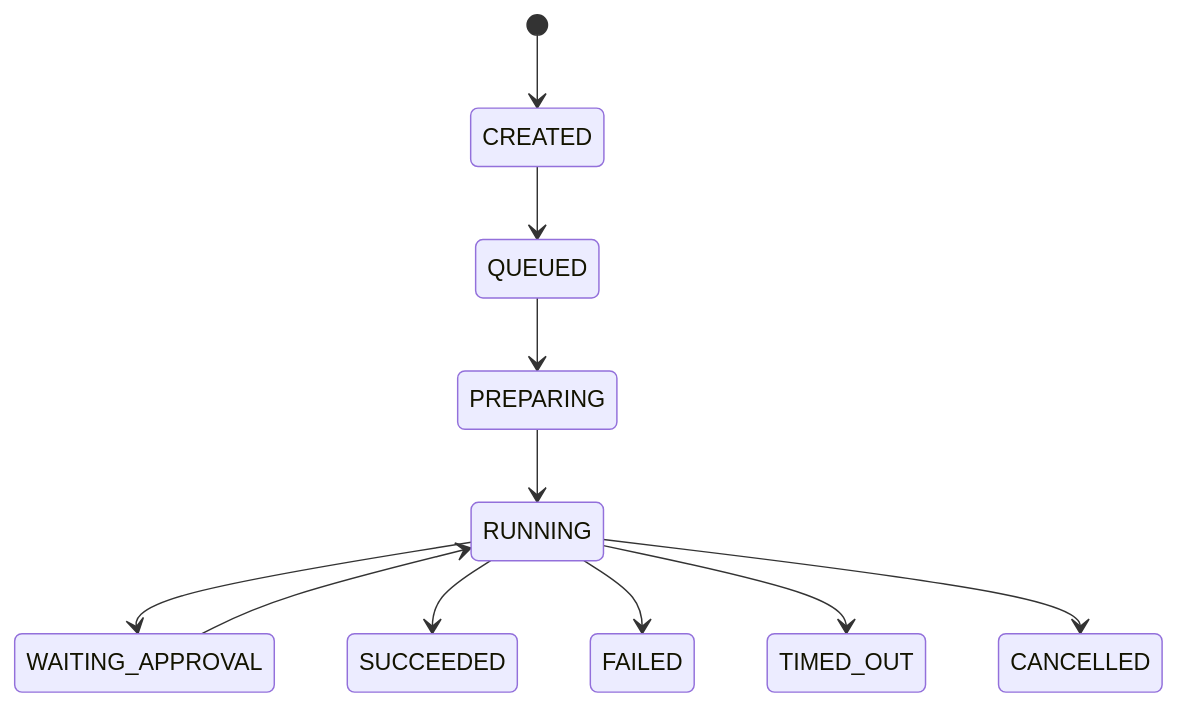
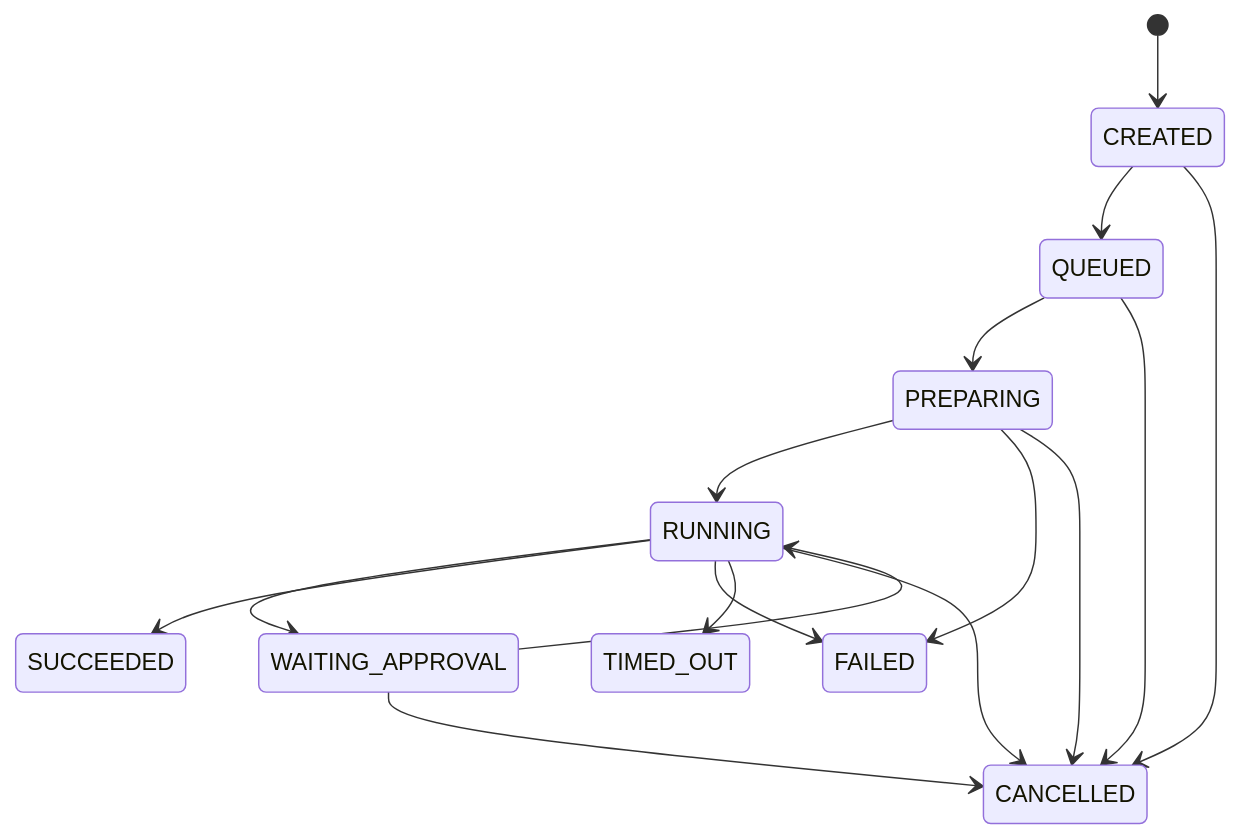
The second of 3 diagrams in docs/documentacao_ideia_e_fundamentos_tecnicos.md (daniel--santos/dungeon-master), drawn with Mermaid before and after one commit. The commit also changed other lines of this file and 1 other file, not shown here.

````diff
--- a/docs/documentacao_ideia_e_fundamentos_tecnicos.md
+++ b/docs/documentacao_ideia_e_fundamentos_tecnicos.md
@@ -1419,13 +1423,18 @@
 ```mermaid
 stateDiagram-v2
     [*] --> CREATED
     CREATED --> QUEUED
     QUEUED --> PREPARING
     PREPARING --> RUNNING
     RUNNING --> WAITING_APPROVAL
     WAITING_APPROVAL --> RUNNING
     RUNNING --> SUCCEEDED
     RUNNING --> FAILED
     RUNNING --> TIMED_OUT
     RUNNING --> CANCELLED
+    CREATED --> CANCELLED
+    QUEUED --> CANCELLED
+    PREPARING --> FAILED
+    PREPARING --> CANCELLED
+    WAITING_APPROVAL --> CANCELLED
 ```
````
